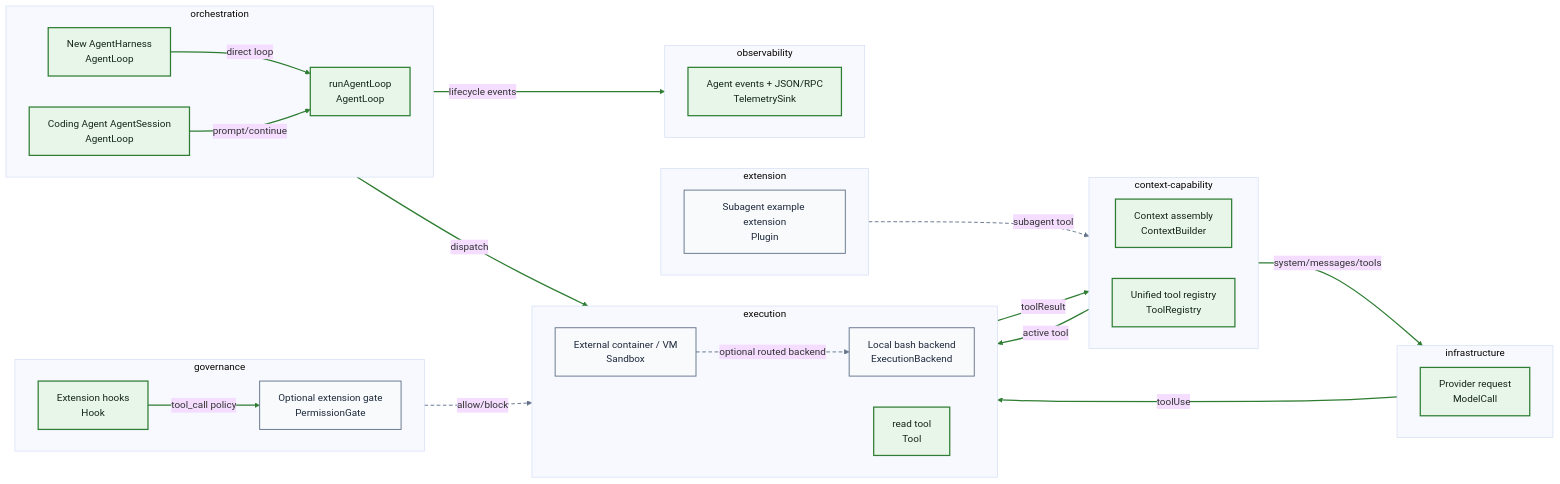
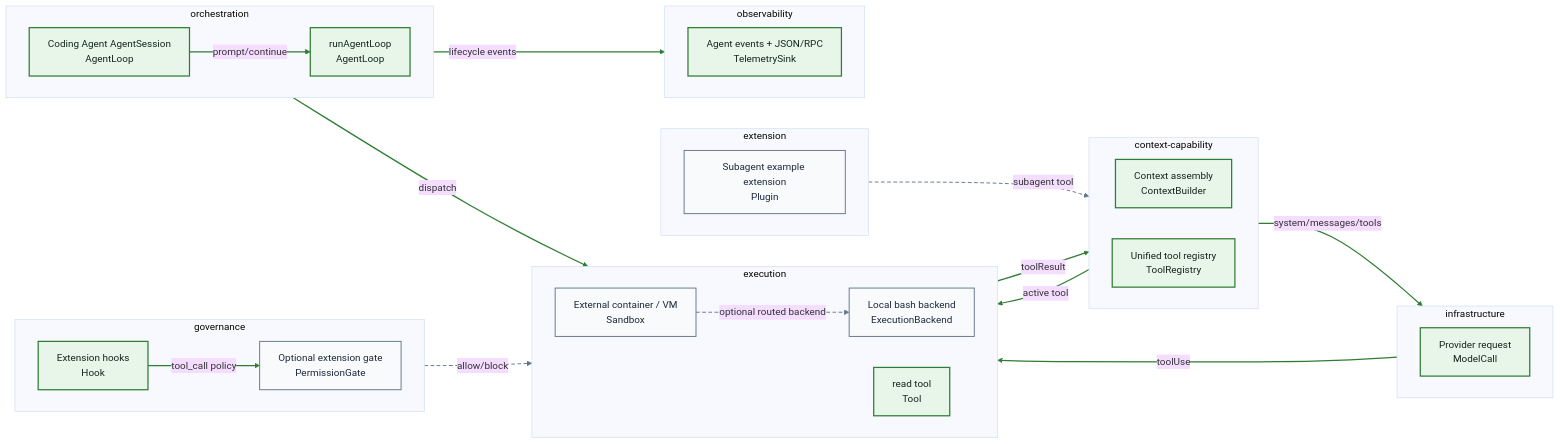
The diagram in pi-harness-analysis/diagrams/tool-extension-surface.mmd (IcyFeather233/awesome-harness-analysis), drawn with Mermaid (base theme) before and after one commit. The commit also changed 107 other files, not shown here.

```diff
--- a/pi-harness-analysis/diagrams/tool-extension-surface.mmd
+++ b/pi-harness-analysis/diagrams/tool-extension-surface.mmd
@@ -1,67 +1,64 @@
 flowchart LR
   %% Tool And Extension Surface
   classDef observed fill:#E8F5E9,stroke:#2E7D32,color:#14261A,stroke-width:2px;
   classDef staticOnly fill:#F8FAFC,stroke:#64748B,color:#1E293B,stroke-width:1.5px;
   classDef inferred fill:#FFF7ED,stroke:#B45309,color:#431407,stroke-width:1.5px;
   classDef conflicted fill:#FEF2F2,stroke:#B91C1C,color:#450A0A,stroke-width:2.5px;
   classDef unknown fill:#F8FAFC,stroke:#94A3B8,color:#475569,stroke-width:1.5px;
   subgraph g_d95d1b42988e["context-capability"]
     direction LR
     n_3af45ee25e84["Context assembly<br/>ContextBuilder"]
     n_26809c922930["Unified tool registry<br/>ToolRegistry"]
   end
   subgraph g_5f6e4415d0d6["execution"]
     direction LR
     n_66d060a3ce72["Local bash backend<br/>ExecutionBackend"]
     n_a17ca7733626["External container / VM<br/>Sandbox"]
     n_c223520f774e["read tool<br/>Tool"]
   end
   subgraph g_f49bb7896ecf["extension"]
     direction LR
     n_adb2aa25686a["Subagent example extension<br/>Plugin"]
   end
   subgraph g_fe18e6d1fb75["governance"]
     direction LR
     n_9b238fc5ebe1["Extension hooks<br/>Hook"]
     n_1606289c70f4["Optional extension gate<br/>PermissionGate"]
   end
   subgraph g_991c9b11fe78["infrastructure"]
     direction LR
     n_6327a3e9cdd9["Provider request<br/>ModelCall"]
   end
   subgraph g_84815bfedb81["observability"]
     direction LR
     n_95a05335b894["Agent events + JSON/RPC<br/>TelemetrySink"]
   end
   subgraph g_6ace60fdd1d9["orchestration"]
     direction LR
     n_825e7b7c4e51["Coding Agent AgentSession<br/>AgentLoop"]
-    n_546fb0dae98a["New AgentHarness<br/>AgentLoop"]
     n_1f48ee0d4fd8["runAgentLoop<br/>AgentLoop"]
   end
-  class n_825e7b7c4e51,n_546fb0dae98a,n_1f48ee0d4fd8,n_3af45ee25e84,n_9b238fc5ebe1,n_6327a3e9cdd9,n_95a05335b894,n_c223520f774e,n_26809c922930 observed;
+  class n_825e7b7c4e51,n_1f48ee0d4fd8,n_3af45ee25e84,n_9b238fc5ebe1,n_6327a3e9cdd9,n_95a05335b894,n_c223520f774e,n_26809c922930 observed;
   class n_66d060a3ce72,n_1606289c70f4,n_adb2aa25686a,n_a17ca7733626 staticOnly;
-  n_546fb0dae98a -->|"direct loop"| n_1f48ee0d4fd8
   n_825e7b7c4e51 -->|"prompt/continue"| n_1f48ee0d4fd8
   n_3af45ee25e84 -->|"system/messages/tools"| n_6327a3e9cdd9
   n_a17ca7733626 -.->|"optional routed backend"| n_66d060a3ce72
   n_9b238fc5ebe1 -->|"tool_call policy"| n_1606289c70f4
   n_1f48ee0d4fd8 -->|"lifecycle events"| n_95a05335b894
   n_1f48ee0d4fd8 -->|"dispatch"| n_c223520f774e
   n_6327a3e9cdd9 -->|"toolUse"| n_c223520f774e
   n_1606289c70f4 -.->|"allow/block"| n_c223520f774e
   n_c223520f774e -->|"toolResult"| n_3af45ee25e84
   n_adb2aa25686a -.->|"subagent tool"| n_26809c922930
   n_26809c922930 -->|"active tool"| n_c223520f774e
   linkStyle 0 stroke:#2E7D32,stroke-width:2px;
   linkStyle 1 stroke:#2E7D32,stroke-width:2px;
-  linkStyle 2 stroke:#2E7D32,stroke-width:2px;
-  linkStyle 3 stroke:#64748B,stroke-width:1.5px,stroke-dasharray:6 4;
+  linkStyle 2 stroke:#64748B,stroke-width:1.5px,stroke-dasharray:6 4;
+  linkStyle 3 stroke:#2E7D32,stroke-width:2px;
   linkStyle 4 stroke:#2E7D32,stroke-width:2px;
   linkStyle 5 stroke:#2E7D32,stroke-width:2px;
   linkStyle 6 stroke:#2E7D32,stroke-width:2px;
-  linkStyle 7 stroke:#2E7D32,stroke-width:2px;
-  linkStyle 8 stroke:#64748B,stroke-width:1.5px,stroke-dasharray:6 4;
-  linkStyle 9 stroke:#2E7D32,stroke-width:2px;
-  linkStyle 10 stroke:#64748B,stroke-width:1.5px,stroke-dasharray:6 4;
-  linkStyle 11 stroke:#2E7D32,stroke-width:2px;
+  linkStyle 7 stroke:#64748B,stroke-width:1.5px,stroke-dasharray:6 4;
+  linkStyle 8 stroke:#2E7D32,stroke-width:2px;
+  linkStyle 9 stroke:#64748B,stroke-width:1.5px,stroke-dasharray:6 4;
+  linkStyle 10 stroke:#2E7D32,stroke-width:2px;
```
